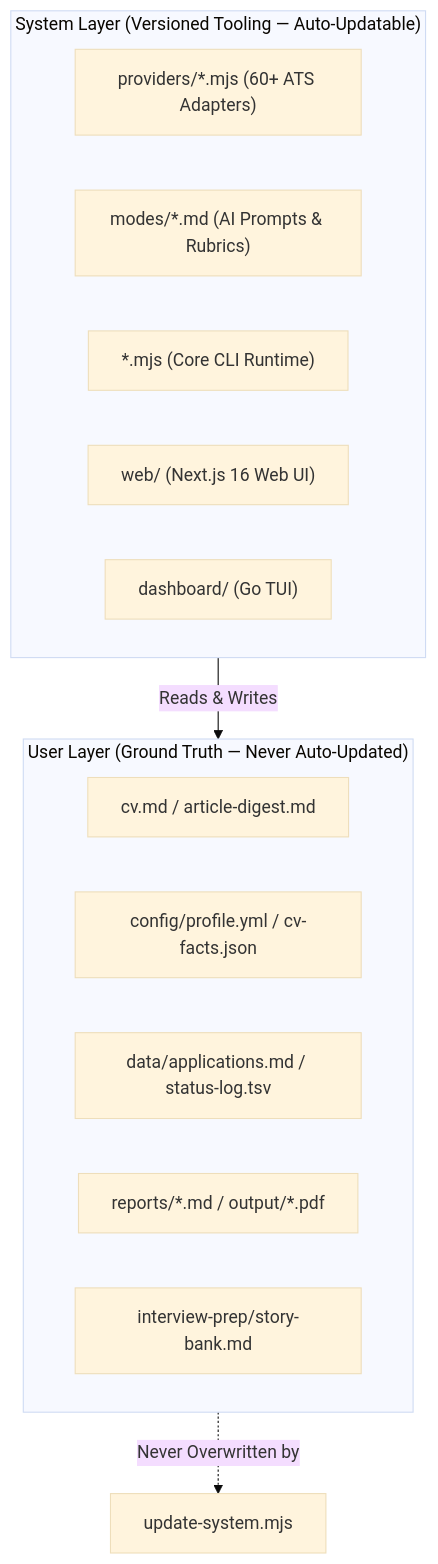
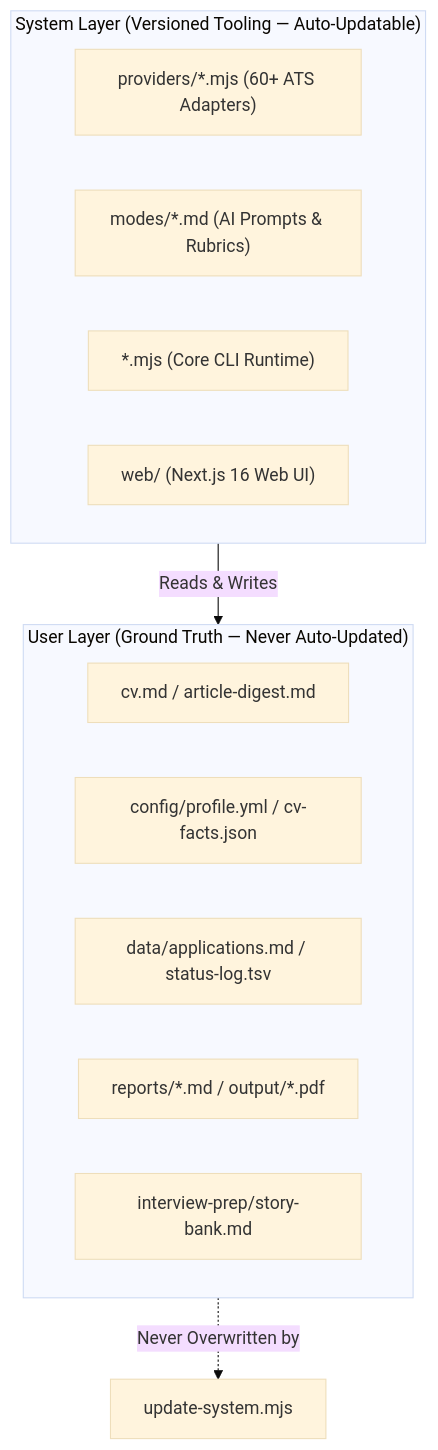
The diagram in packages/engine/README.md (CJCreator/Jobs_Automated), drawn with Mermaid (base theme) before and after one commit. The commit also changed other lines of this file and 13 other files, not shown here.

````diff
--- a/packages/engine/README.md
+++ b/packages/engine/README.md
@@ -183,21 +115,20 @@
 ```mermaid
 flowchart TD
     subgraph UserLayer ["User Layer (Ground Truth — Never Auto-Updated)"]
         CV["cv.md / article-digest.md"]
         Config["config/profile.yml / cv-facts.json"]
         Data["data/applications.md / status-log.tsv"]
         Reports["reports/*.md / output/*.pdf"]
         Stories["interview-prep/story-bank.md"]
     end
 
     subgraph CoreEngine ["System Layer (Versioned Tooling — Auto-Updatable)"]
         Scanners["providers/*.mjs (60+ ATS Adapters)"]
         Modes["modes/*.md (AI Prompts & Rubrics)"]
         Scripts["*.mjs (Core CLI Runtime)"]
         Web["web/ (Next.js 16 Web UI)"]
-        TUI["dashboard/ (Go TUI)"]
     end
 
     CoreEngine -->|Reads & Writes| UserLayer
     UserLayer -.->|Never Overwritten by| Updater["update-system.mjs"]
 ```
````
